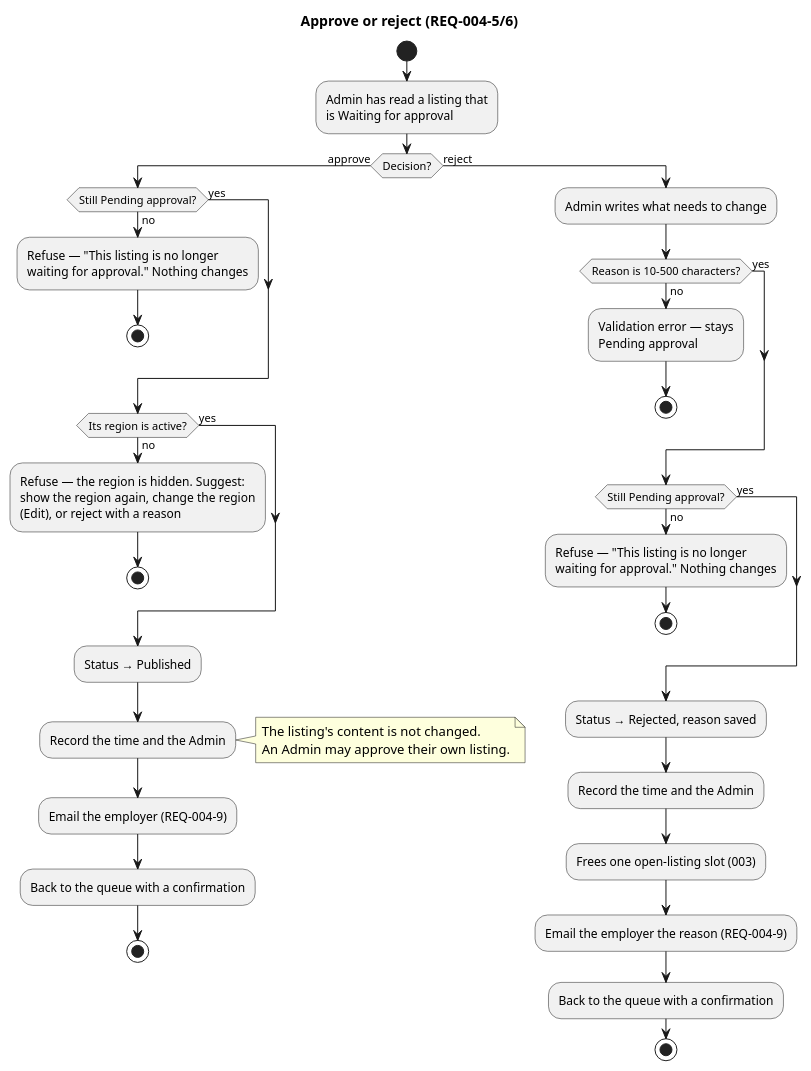
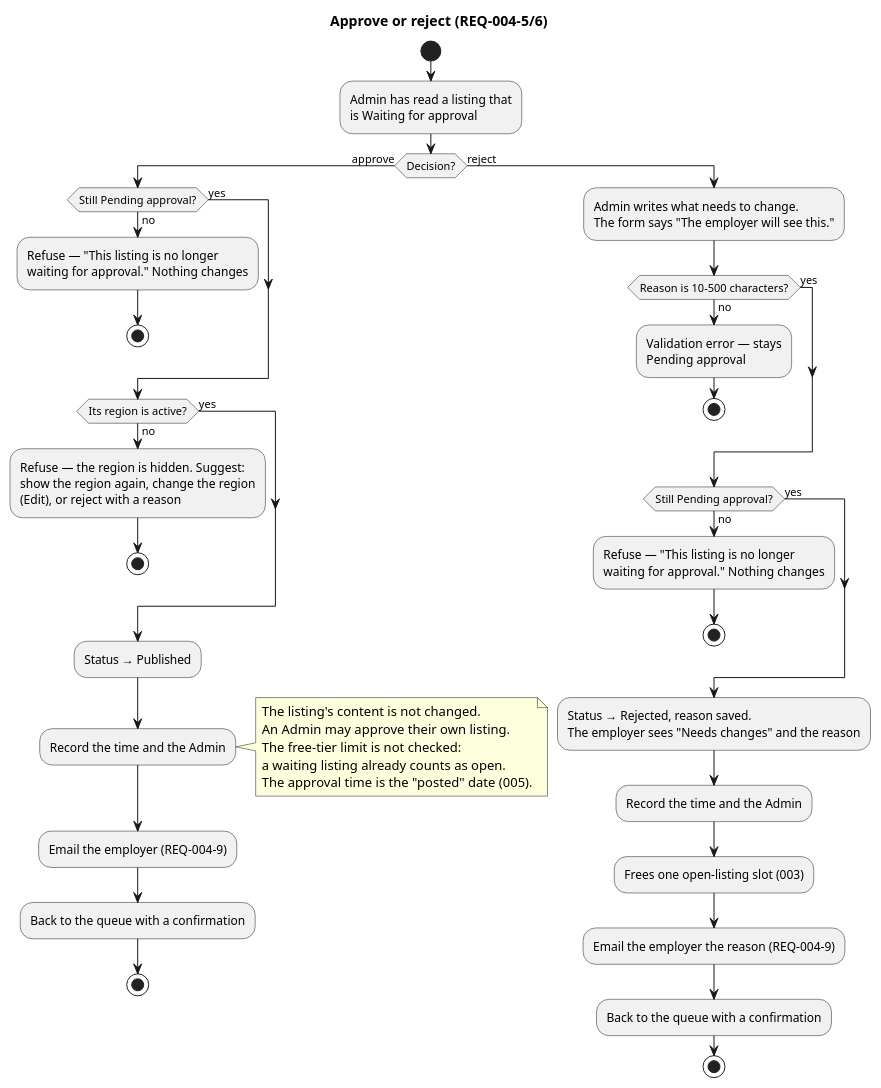
One commit to raseniero/jairojobs-elixir changed the diagram in docs/specs/004-listings-admin-moderation/diagrams/activity-approve-or-reject.puml. Above: the diagram before and after it, drawn with PlantUML. The commit also changed 12 other files, not shown here.

Commit message:
docs(spec 004): align the six diagrams with the requirements after a scenario-by-scenario check

```diff
--- a/docs/specs/004-listings-admin-moderation/diagrams/activity-approve-or-reject.puml
+++ b/docs/specs/004-listings-admin-moderation/diagrams/activity-approve-or-reject.puml
@@ -1,52 +1,57 @@
 @startuml activity-approve-or-reject
 ' Spec 004 — approving and rejecting a waiting listing (REQ-004-5, -6)
 title Approve or reject (REQ-004-5/6)
 
 start
 :Admin has read a listing that
 is Waiting for approval;
 if (Decision?) then (approve)
   if (Still Pending approval?) then (no)
     :Refuse — "This listing is no longer
     waiting for approval." Nothing changes;
     stop
   else (yes)
   endif
   if (Its region is active?) then (no)
     :Refuse — the region is hidden. Suggest:
     show the region again, change the region
     (Edit), or reject with a reason;
     stop
   else (yes)
   endif
   :Status → Published;
   :Record the time and the Admin;
   note right
     The listing's content is not changed.
     An Admin may approve their own listing.
+    The free-tier limit is not checked:
+    a waiting listing already counts as open.
+    The approval time is the "posted" date (005).
   end note
   :Email the employer (REQ-004-9);
   :Back to the queue with a confirmation;
   stop
 else (reject)
-  :Admin writes what needs to change;
+  :Admin writes what needs to change.
+  The form says "The employer will see this.";
   if (Reason is 10–500 characters?) then (no)
     :Validation error — stays
     Pending approval;
     stop
   else (yes)
   endif
   if (Still Pending approval?) then (no)
     :Refuse — "This listing is no longer
     waiting for approval." Nothing changes;
     stop
   else (yes)
   endif
-  :Status → Rejected, reason saved;
+  :Status → Rejected, reason saved.
+  The employer sees "Needs changes" and the reason;
   :Record the time and the Admin;
   :Frees one open-listing slot (003);
   :Email the employer the reason (REQ-004-9);
   :Back to the queue with a confirmation;
   stop
 endif
 @enduml
```
